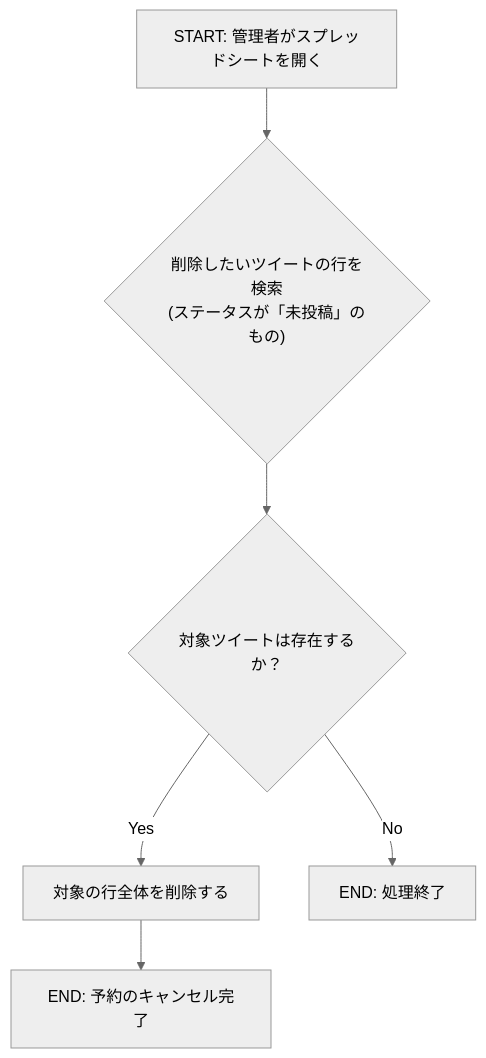
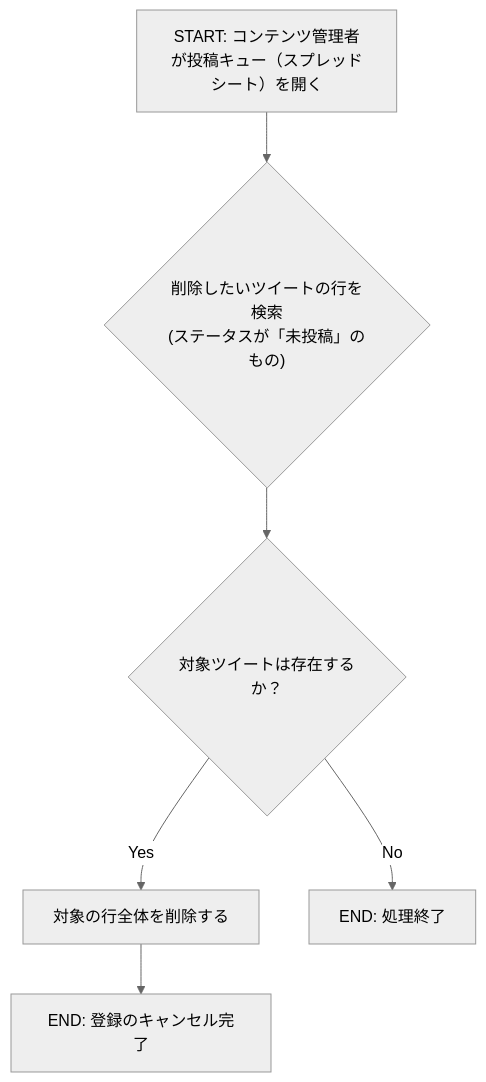
One commit to masa-codehub/hatolink changed the third of 3 diagrams in docs/US-005a/flowchart.md. Above: the diagram before and after it, drawn with Mermaid (neutral theme). The commit also changed other lines of this file and 5 other files, not shown here.

Commit message:
フローチャートとシーケンス図の表記を「予約」から「登録」に変更し、関連する説明文を更新しました。また、エラーログや投稿キューに関する用語を統一しました。

````diff
--- a/docs/US-005a/flowchart.md
+++ b/docs/US-005a/flowchart.md
@@ -36,9 +36,9 @@
 ```mermaid
 graph TD
-    A[START: 管理者がスプレッドシートを開く] --> B;
+    A[START: コンテンツ管理者が投稿キュー（スプレッドシート）を開く] --> B;
     B{"削除したいツイートの行を検索<br>(ステータスが「未投稿」のもの)"} --> C;
     C{対象ツイートは存在するか？} -- Yes --> D;
     C -- No --> F[END: 処理終了];
     D[対象の行全体を削除する] --> E;
-    E[END: 予約のキャンセル完了];
+    E[END: 登録のキャンセル完了];
 ```
````
